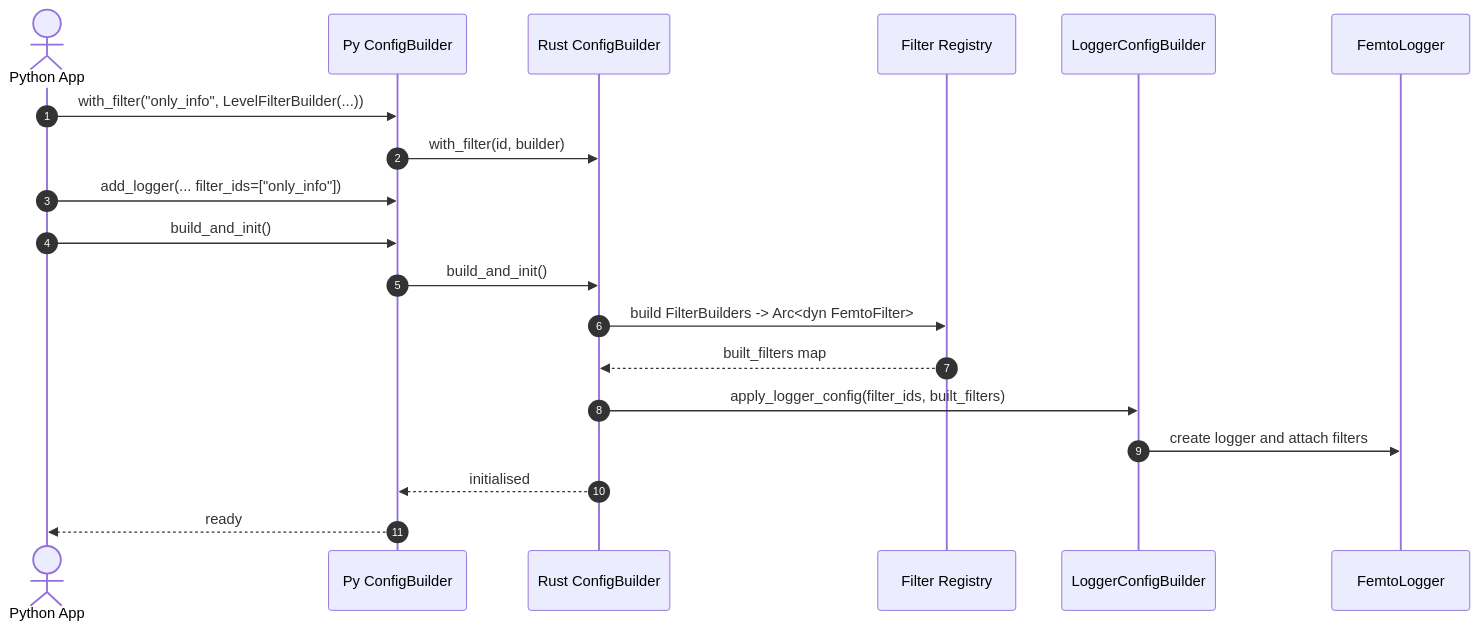
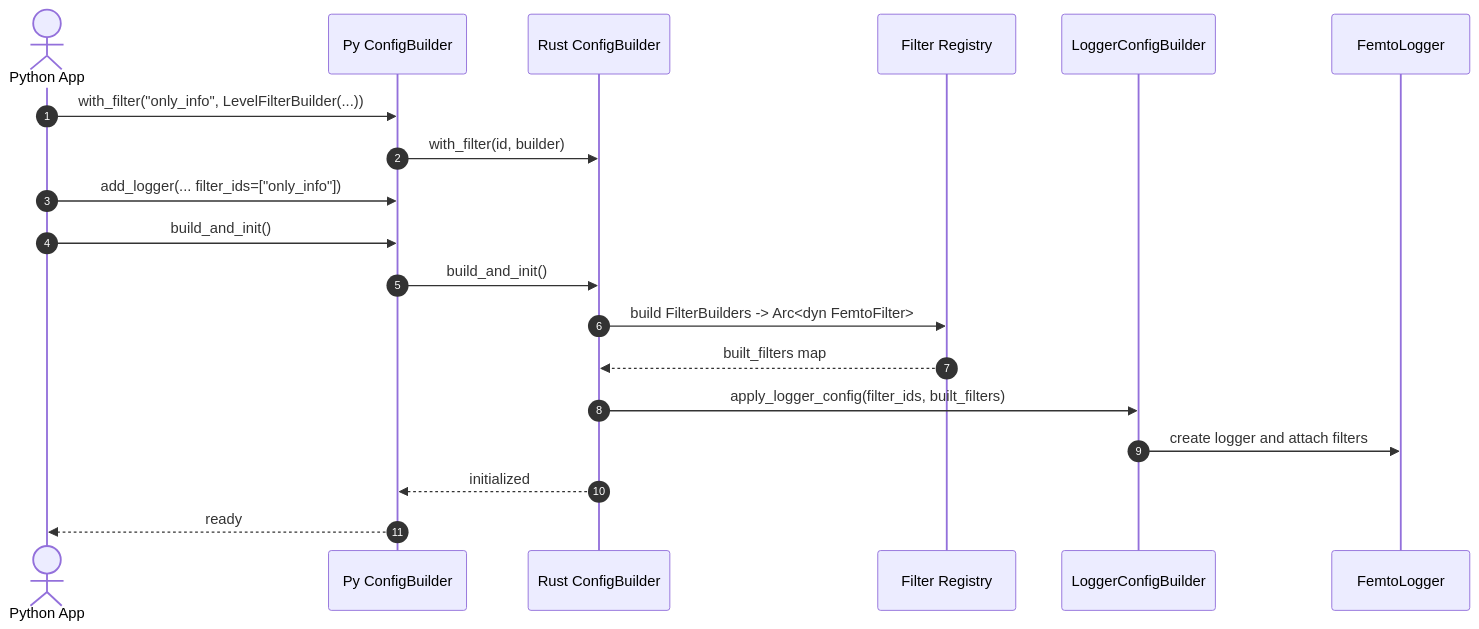
The second of 6 diagrams in docs/configuration-design.md (leynos/femtologging), drawn with Mermaid before and after one commit. The commit also changed other lines of this file and 50 other files, not shown here.

````diff
--- a/docs/configuration-design.md
+++ b/docs/configuration-design.md
@@ -583,22 +585,22 @@
 ```mermaid
 sequenceDiagram
   autonumber
   actor PyApp as Python App
   participant PyCB as Py ConfigBuilder
   participant RsCB as Rust ConfigBuilder
   participant FReg as Filter Registry
   participant Ld as LoggerConfigBuilder
   participant LG as FemtoLogger
 
   PyApp->>PyCB: with_filter("only_info", LevelFilterBuilder(...))
   PyCB->>RsCB: with_filter(id, builder)
   PyApp->>PyCB: add_logger(... filter_ids=["only_info"])
   PyApp->>PyCB: build_and_init()
   PyCB->>RsCB: build_and_init()
   RsCB->>FReg: build FilterBuilders -> Arc<dyn FemtoFilter>
   FReg-->>RsCB: built_filters map
   RsCB->>Ld: apply_logger_config(filter_ids, built_filters)
   Ld->>LG: create logger and attach filters
-  RsCB-->>PyCB: initialised
+  RsCB-->>PyCB: initialized
   PyCB-->>PyApp: ready
 ```
````
